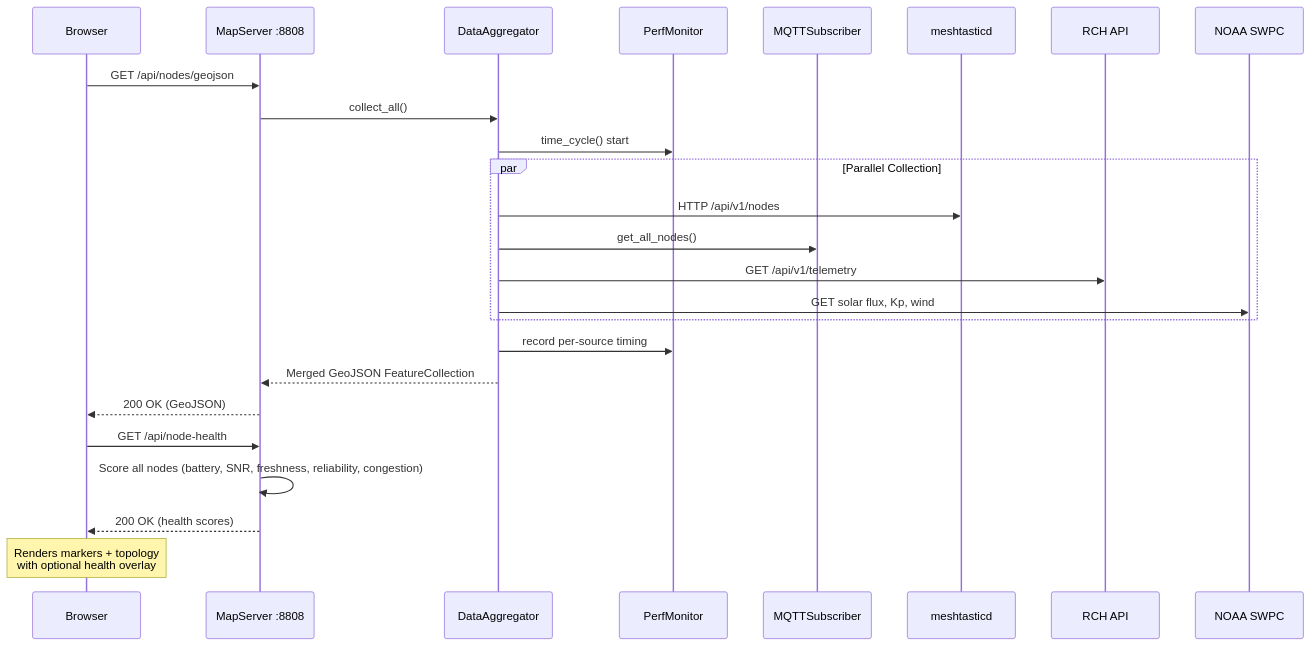
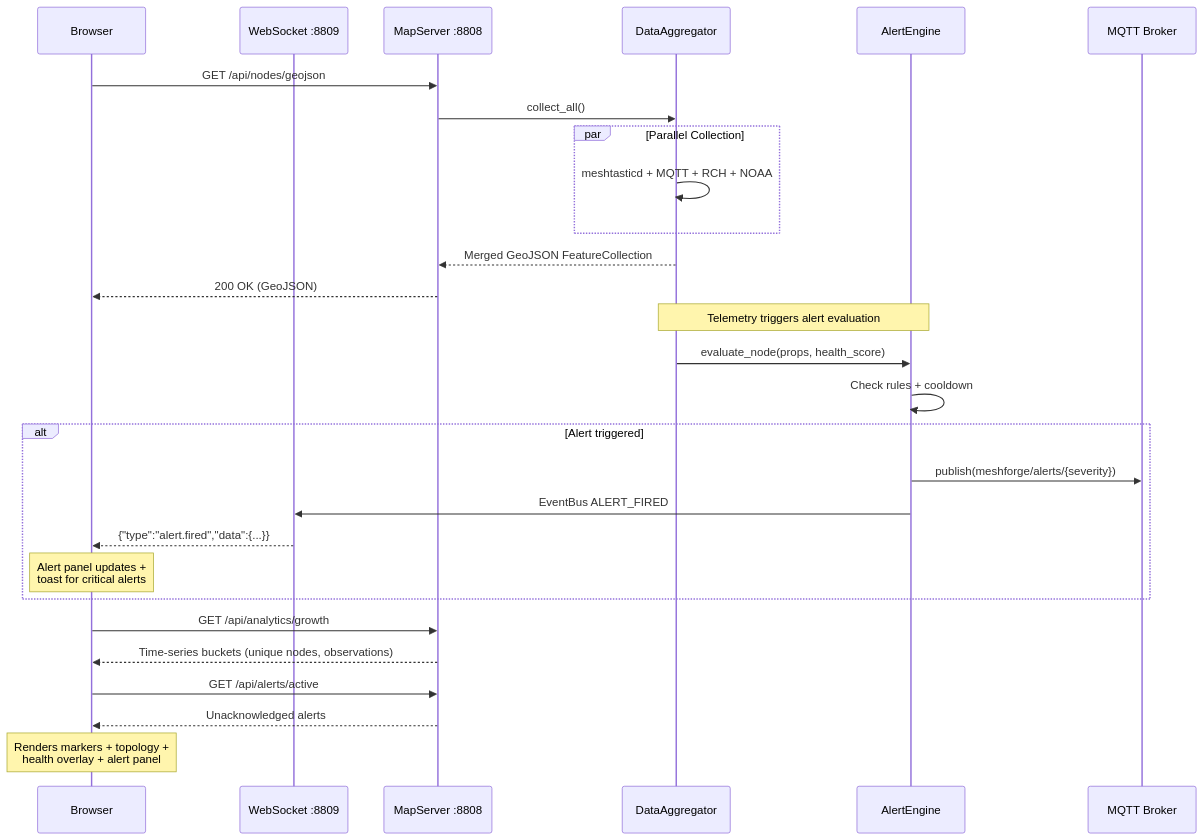
One commit to Nursedude/meshforge-maps changed the second of 5 diagrams in README.md. Above: the diagram before and after it, drawn with Mermaid. The commit also changed other lines of this file, not shown here.

First line of the commit message:
docs: update README for alerting delivery, analytics, and installation

````diff
--- a/README.md
+++ b/README.md
@@ -146,32 +172,38 @@
 ```mermaid
 sequenceDiagram
     participant Browser
+    participant WS as WebSocket :8809
     participant Server as MapServer :8808
     participant Agg as DataAggregator
-    participant Perf as PerfMonitor
-    participant MQTT as MQTTSubscriber
-    participant Mesh as meshtasticd
-    participant RCH as RCH API
-    participant NOAA as NOAA SWPC
+    participant Alert as AlertEngine
+    participant MQTT as MQTT Broker
 
     Browser->>Server: GET /api/nodes/geojson
     Server->>Agg: collect_all()
-    Agg->>Perf: time_cycle() start
 
     par Parallel Collection
-        Agg->>Mesh: HTTP /api/v1/nodes
-        Agg->>MQTT: get_all_nodes()
-        Agg->>RCH: GET /api/v1/telemetry
-        Agg->>NOAA: GET solar flux, Kp, wind
+        Agg->>Agg: meshtasticd + MQTT + RCH + NOAA
     end
 
-    Agg->>Perf: record per-source timing
     Agg-->>Server: Merged GeoJSON FeatureCollection
     Server-->>Browser: 200 OK (GeoJSON)
 
-    Browser->>Server: GET /api/node-health
-    Server->>Server: Score all nodes (battery, SNR, freshness, reliability, congestion)
-    Server-->>Browser: 200 OK (health scores)
+    Note over Agg,Alert: Telemetry triggers alert evaluation
 
-    Note over Browser: Renders markers + topology<br/>with optional health overlay
+    Agg->>Alert: evaluate_node(props, health_score)
+    Alert->>Alert: Check rules + cooldown
+    alt Alert triggered
+        Alert->>MQTT: publish(meshforge/alerts/{severity})
+        Alert->>WS: EventBus ALERT_FIRED
+        WS-->>Browser: {"type":"alert.fired","data":{...}}
+        Note over Browser: Alert panel updates +<br/>toast for critical alerts
+    end
+
+    Browser->>Server: GET /api/analytics/growth
+    Server-->>Browser: Time-series buckets (unique nodes, observations)
+
+    Browser->>Server: GET /api/alerts/active
+    Server-->>Browser: Unacknowledged alerts
+
+    Note over Browser: Renders markers + topology +<br/>health overlay + alert panel
 ```
````
